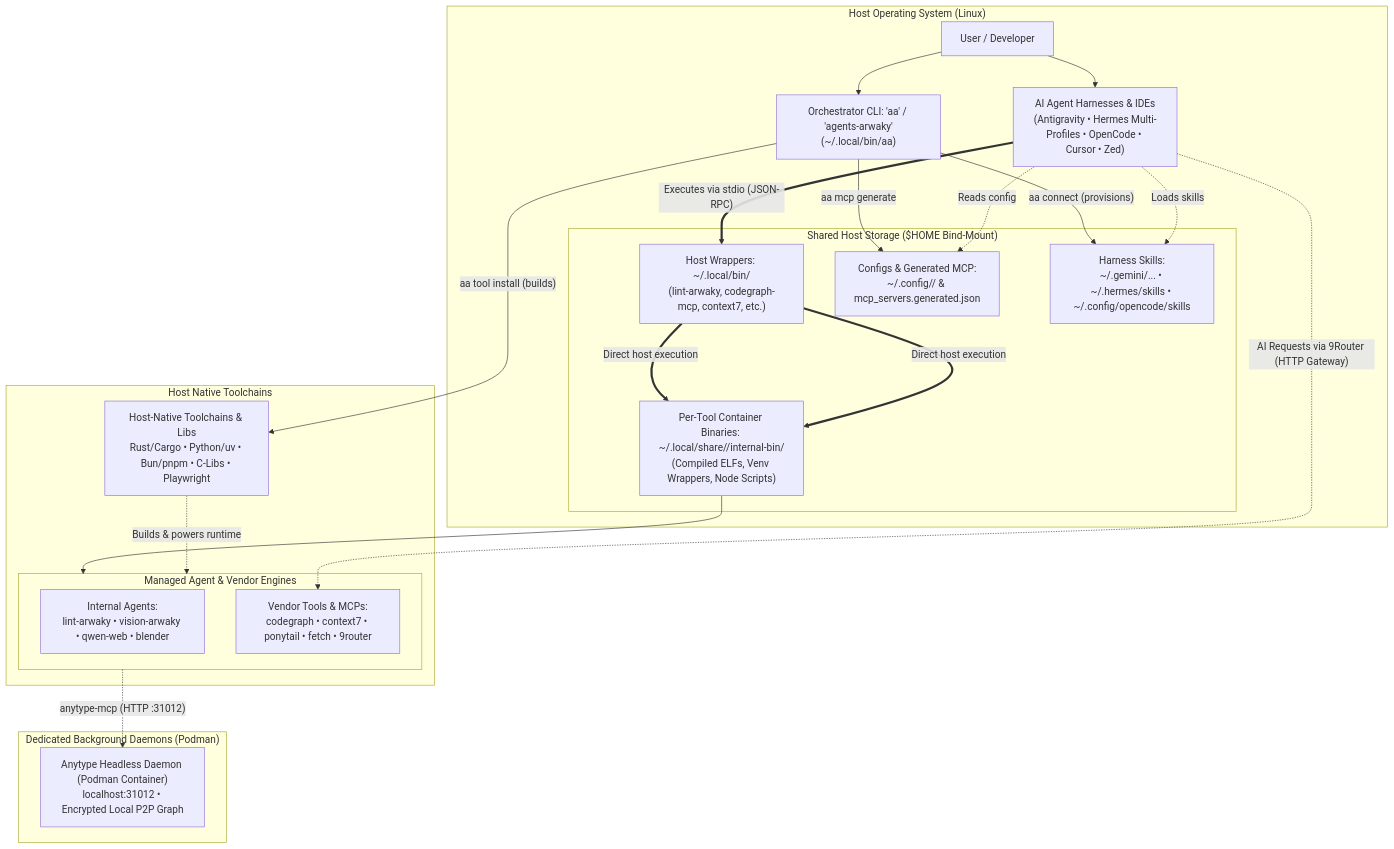
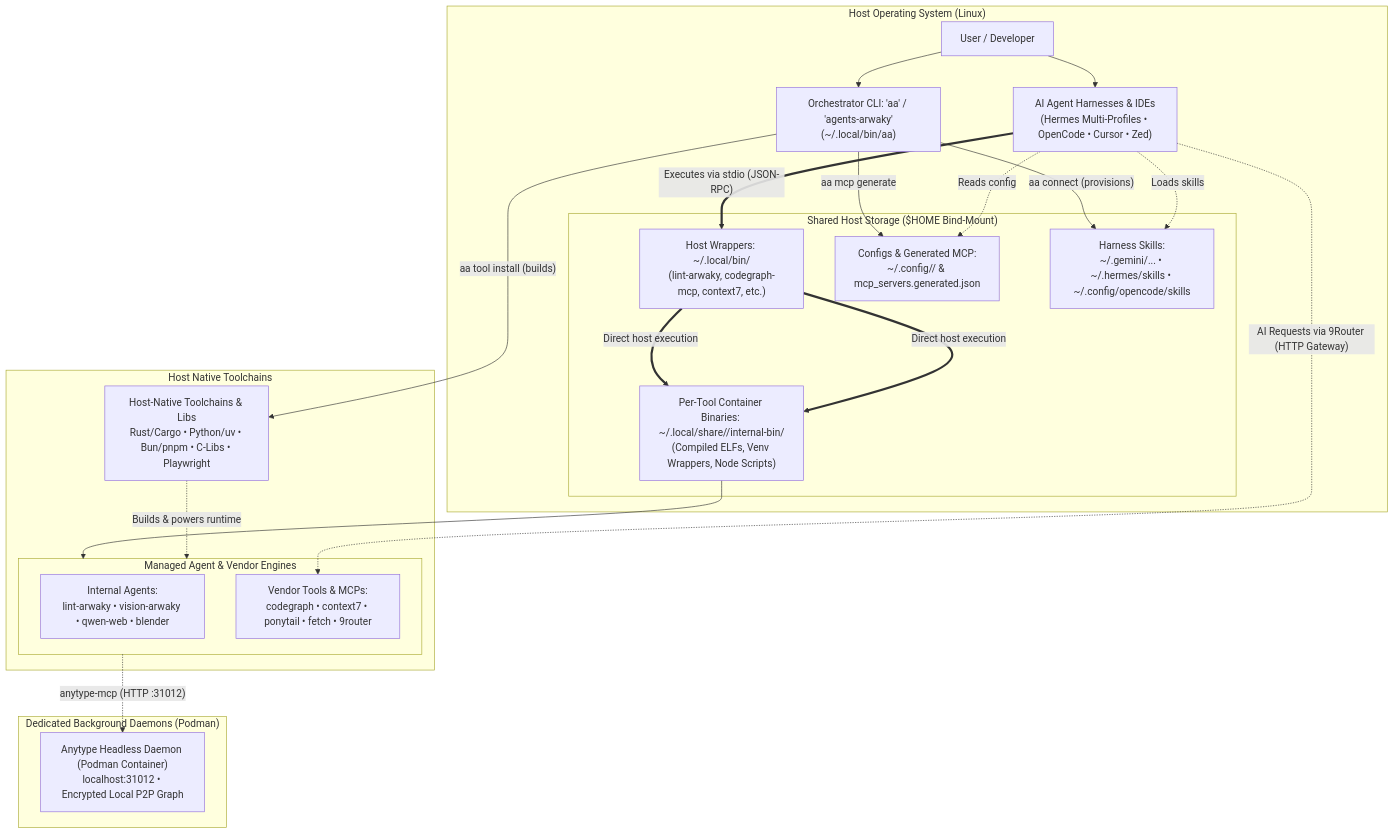
One commit to rakaarwaky/agents-arwaky changed the diagram in README.md. Above: the diagram before and after it, drawn with Mermaid. The commit also changed other lines of this file and 21 other files, not shown here.

````diff
--- a/README.md
+++ b/README.md
@@ -23,52 +23,52 @@
 ```mermaid
 flowchart TB
     subgraph HostOS["Host Operating System (Linux)"]
         User["User / Developer"]
-        Harnesses["AI Agent Harnesses & IDEs\n(Antigravity • Hermes Multi-Profiles • OpenCode • Cursor • Zed)"]
+        Harnesses["AI Agent Harnesses & IDEs\n(Hermes Multi-Profiles • OpenCode • Cursor • Zed)"]
         CLI["Orchestrator CLI: 'aa' / 'agents-arwaky'\n(~/.local/bin/aa)"]
       
         subgraph XDGShared["Shared Host Storage ($HOME Bind-Mount)"]
             Launchers["Host Wrappers: ~/.local/bin/\n(lint-arwaky, codegraph-mcp, context7, etc.)"]
             InternalBin["Per-Tool Container Binaries: ~/.local/share/<tool>/internal-bin/\n(Compiled ELFs, Venv Wrappers, Node Scripts)"]
             XDGConfigs["Configs & Generated MCP:\n~/.config/<tool>/ & mcp_servers.generated.json"]
             XDGSkills["Harness Skills:\n~/.gemini/... • ~/.hermes/skills • ~/.config/opencode/skills"]
         end
     end
 
     subgraph HostToolchain["Host Native Toolchains"]
         IsolatedRuntimes["Host-Native Toolchains & Libs\nRust/Cargo • Python/uv • Bun/pnpm • C-Libs • Playwright"]
 
         subgraph AgentsAndTools["Managed Agent & Vendor Engines"]
             InternalAgents["Internal Agents:\nlint-arwaky • vision-arwaky • qwen-web • blender"]
             VendorTools["Vendor Tools & MCPs:\ncodegraph • context7 • ponytail • fetch • 9router"]
         end
     end
 
     subgraph SidecarServices["Dedicated Background Daemons (Podman)"]
         AnytypeDaemon["Anytype Headless Daemon (Podman Container)\nlocalhost:31012 • Encrypted Local P2P Graph"]
     end
 
     %% User & CLI interactions
     User --> CLI
     User --> Harnesses
     CLI -- "aa connect (provisions)" --> XDGSkills
     CLI -- "aa mcp generate" --> XDGConfigs
     CLI -- "aa tool install (builds)" --> IsolatedRuntimes
 
     %% Host-native execution
     Launchers == "Direct host execution" ==> InternalBin
 
     %% Harness interactions
     Harnesses -. "Reads config" .-> XDGConfigs
     Harnesses -. "Loads skills" .-> XDGSkills
     Harnesses == "Executes via stdio (JSON-RPC)" ==> Launchers
 
     %% Host-native execution
     Launchers == "Direct host execution" ==> InternalBin
     InternalBin --> AgentsAndTools
     IsolatedRuntimes -. "Builds & powers runtime" .-> AgentsAndTools
 
     %% Daemons & Services
     AgentsAndTools -. "anytype-mcp (HTTP :31012)" .-> AnytypeDaemon
     Harnesses -. "AI Requests via 9Router (HTTP Gateway)" .-> VendorTools
 ```
````
